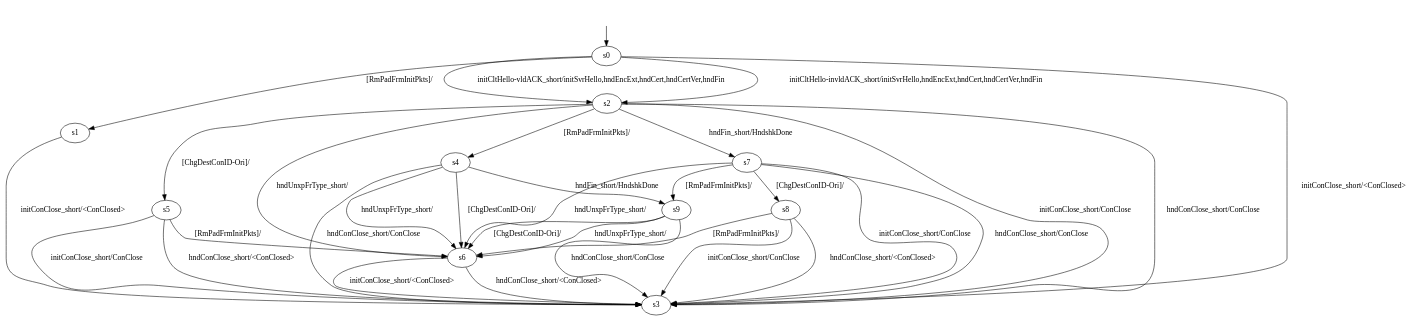
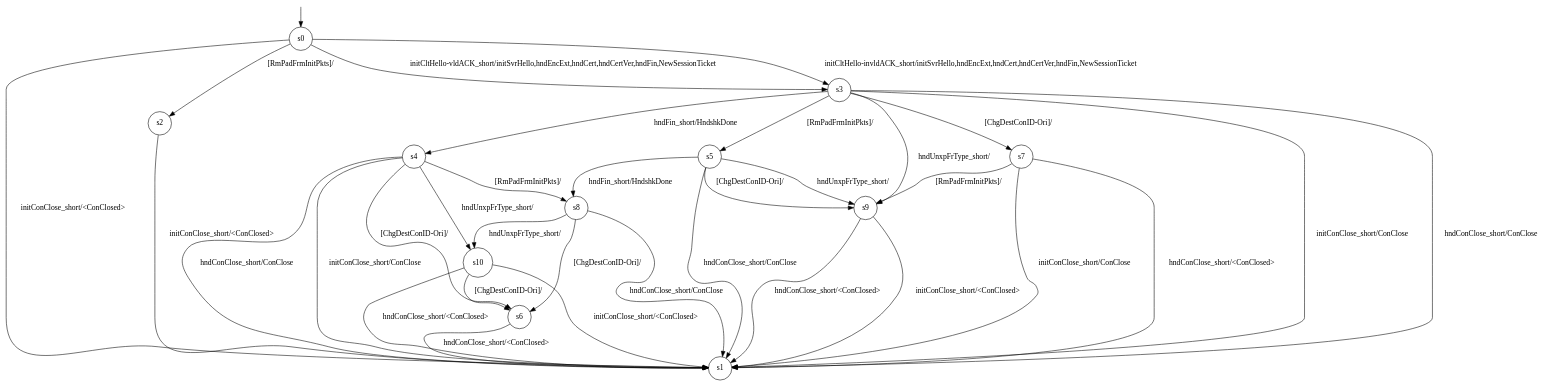
One commit to QUICTester/QUICTester changed the diagram in results/pquicModels/CS-short/pquic-B-s-0/optimisedLearnedModel.dot. Above: the diagram before and after it, drawn with Graphviz. The commit also changed 59 other files, not shown here.

```diff
--- a/results/pquicModels/CS-short/pquic-B-s-0/optimisedLearnedModel.dot
+++ b/results/pquicModels/CS-short/pquic-B-s-0/optimisedLearnedModel.dot
@@ -1,45 +1,50 @@
-digraph "../results/pquicModels/pquic-B-sCS-0/learnedModel" {
-s0 [label=s0];
-s1 [label=s1];
-s2 [label=s2];
-s3 [label=s3];
-s4 [label=s4];
-s5 [label=s5];
-s6 [label=s6];
-s7 [label=s7];
-s8 [label=s8];
-s9 [label=s9];
-s0 -> s3  [label="initConClose_short/<ConClosed> "];
-s0 -> s2  [label="initCltHello-vldACK_short/initSvrHello,hndEncExt,hndCert,hndCertVer,hndFin "];
-s0 -> s2  [label="initCltHello-invldACK_short/initSvrHello,hndEncExt,hndCert,hndCertVer,hndFin "];
-s0 -> s1  [label="[RmPadFrmInitPkts]/ "];
-s1 -> s3  [label="initConClose_short/<ConClosed> "];
-s2 -> s3  [label="initConClose_short/ConClose "];
-s2 -> s7  [label="hndFin_short/HndshkDone "];
-s2 -> s3  [label="hndConClose_short/ConClose "];
-s2 -> s6  [label="hndUnxpFrType_short/ "];
-s2 -> s5  [label="[ChgDestConID-Ori]/ "];
-s2 -> s4  [label="[RmPadFrmInitPkts]/ "];
-s4 -> s9  [label="hndFin_short/HndshkDone "];
-s4 -> s3  [label="hndConClose_short/ConClose "];
-s4 -> s6  [label="hndUnxpFrType_short/ "];
-s4 -> s6  [label="[ChgDestConID-Ori]/ "];
-s5 -> s3  [label="initConClose_short/ConClose "];
-s5 -> s3  [label="hndConClose_short/<ConClosed> "];
-s5 -> s6  [label="[RmPadFrmInitPkts]/ "];
-s6 -> s3  [label="initConClose_short/<ConClosed> "];
-s6 -> s3  [label="hndConClose_short/<ConClosed> "];
-s7 -> s3  [label="initConClose_short/ConClose "];
-s7 -> s3  [label="hndConClose_short/ConClose "];
-s7 -> s6  [label="hndUnxpFrType_short/ "];
-s7 -> s8  [label="[ChgDestConID-Ori]/ "];
-s7 -> s9  [label="[RmPadFrmInitPkts]/ "];
-s8 -> s3  [label="initConClose_short/ConClose "];
-s8 -> s3  [label="hndConClose_short/<ConClosed> "];
-s8 -> s6  [label="[RmPadFrmInitPkts]/ "];
-s9 -> s3  [label="hndConClose_short/ConClose "];
-s9 -> s6  [label="hndUnxpFrType_short/ "];
-s9 -> s6  [label="[ChgDestConID-Ori]/ "];
-__start0 [label="", shape=none];
-__start0 -> s0  [label=""];
+digraph g {
+
+s0 [shape="circle" label="s0"];
+s1 [shape="circle" label="s1"];
+s2 [shape="circle" label="s2"];
+s3 [shape="circle" label="s3"];
+s4 [shape="circle" label="s4"];
+s5 [shape="circle" label="s5"];
+s6 [shape="circle" label="s6"];
+s7 [shape="circle" label="s7"];
+s8 [shape="circle" label="s8"];
+s9 [shape="circle" label="s9"];
+s10 [shape="circle" label="s10"];
+s0 -> s1 [label="initConClose_short/<ConClosed> "];
+s0 -> s3 [label="initCltHello-vldACK_short/initSvrHello,hndEncExt,hndCert,hndCertVer,hndFin,NewSessionTicket "];
+s0 -> s3 [label="initCltHello-invldACK_short/initSvrHello,hndEncExt,hndCert,hndCertVer,hndFin,NewSessionTicket "];
+s0 -> s2 [label="[RmPadFrmInitPkts]/ "];
+s2 -> s1 [label="initConClose_short/<ConClosed> "];
+s3 -> s1 [label="initConClose_short/ConClose "];
+s3 -> s4 [label="hndFin_short/HndshkDone "];
+s3 -> s1 [label="hndConClose_short/ConClose "];
+s3 -> s9 [label="hndUnxpFrType_short/ "];
+s3 -> s7 [label="[ChgDestConID-Ori]/ "];
+s3 -> s5 [label="[RmPadFrmInitPkts]/ "];
+s4 -> s1 [label="initConClose_short/ConClose "];
+s4 -> s1 [label="hndConClose_short/ConClose "];
+s4 -> s10 [label="hndUnxpFrType_short/ "];
+s4 -> s6 [label="[ChgDestConID-Ori]/ "];
+s4 -> s8 [label="[RmPadFrmInitPkts]/ "];
+s5 -> s8 [label="hndFin_short/HndshkDone "];
+s5 -> s1 [label="hndConClose_short/ConClose "];
+s5 -> s9 [label="hndUnxpFrType_short/ "];
+s5 -> s9 [label="[ChgDestConID-Ori]/ "];
+s6 -> s1 [label="hndConClose_short/<ConClosed> "];
+s7 -> s1 [label="initConClose_short/ConClose "];
+s7 -> s1 [label="hndConClose_short/<ConClosed> "];
+s7 -> s9 [label="[RmPadFrmInitPkts]/ "];
+s8 -> s1 [label="hndConClose_short/ConClose "];
+s8 -> s10 [label="hndUnxpFrType_short/ "];
+s8 -> s6 [label="[ChgDestConID-Ori]/ "];
+s9 -> s1 [label="initConClose_short/<ConClosed> "];
+s9 -> s1 [label="hndConClose_short/<ConClosed> "];
+s10 -> s1 [label="initConClose_short/<ConClosed> "];
+s10 -> s1 [label="hndConClose_short/<ConClosed> "];
+s10 -> s6 [label="[ChgDestConID-Ori]/ "];
+
+__start0 [label="" shape="none" width="0" height="0"];
+__start0 -> s0;
+
 }
```
